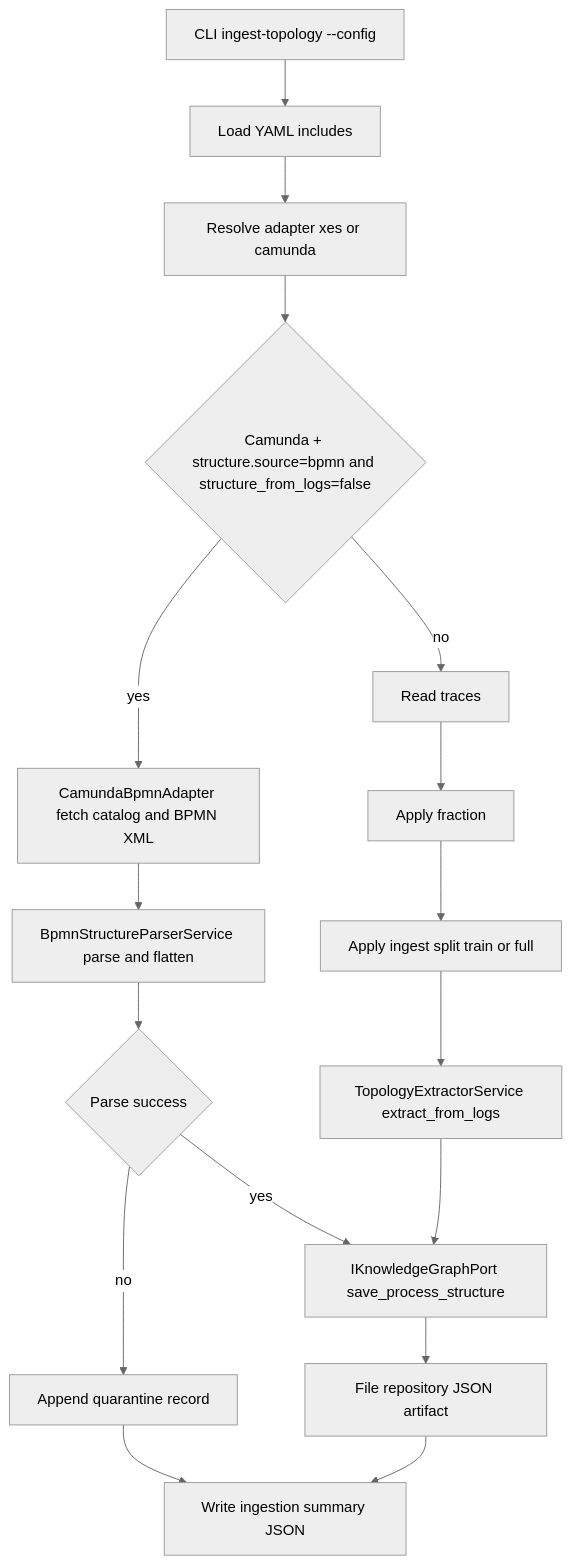
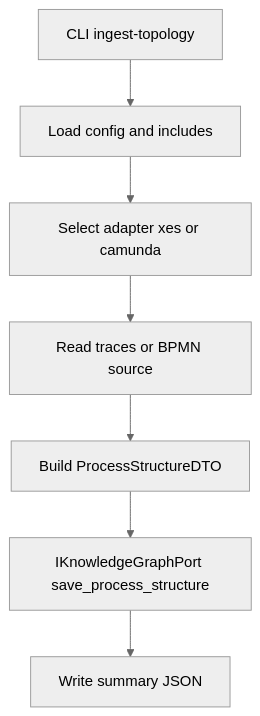
One commit to ghsrg/bpm_prediction changed the first of 5 diagrams in docs/DATA_FLOWS_MVP2_5.MD. Above: the diagram before and after it, drawn with Mermaid (neutral theme). The commit also changed other lines of this file and 21 other files, not shown here.

Commit message:
MVP2.5 structure + statistics for XES  in neo4j

````diff
--- a/docs/DATA_FLOWS_MVP2_5.MD
+++ b/docs/DATA_FLOWS_MVP2_5.MD
@@ -12,19 +10,9 @@
 ```mermaid
 flowchart TD
-    C1[CLI ingest-topology --config] --> L1[Load YAML includes]
-    L1 --> A1[Resolve adapter xes or camunda]
-    A1 --> D1{Camunda + structure.source=bpmn and structure_from_logs=false}
-    D1 -->|yes| B1A[CamundaBpmnAdapter fetch catalog and BPMN XML]
-    B1A --> B1B[BpmnStructureParserService parse and flatten]
-    B1B --> Q1{Parse success}
-    Q1 -->|yes| P1[IKnowledgeGraphPort save_process_structure]
-    Q1 -->|no| Q2[Append quarantine record]
-    D1 -->|no| R1[Read traces]
-    R1 --> F1[Apply fraction]
-    F1 --> S1[Apply ingest split train or full]
-    S1 --> T1[TopologyExtractorService extract_from_logs]
-    T1 --> P1
-    P1 --> B1[File repository JSON artifact]
-    Q2 --> O1[Write ingestion summary JSON]
-    B1 --> O1
+    A1[CLI ingest-topology] --> A2[Load config and includes]
+    A2 --> A3[Select adapter xes or camunda]
+    A3 --> A4[Read traces or BPMN source]
+    A4 --> A5[Build ProcessStructureDTO]
+    A5 --> A6[IKnowledgeGraphPort save_process_structure]
+    A6 --> A7[Write summary JSON]
 ```
````
